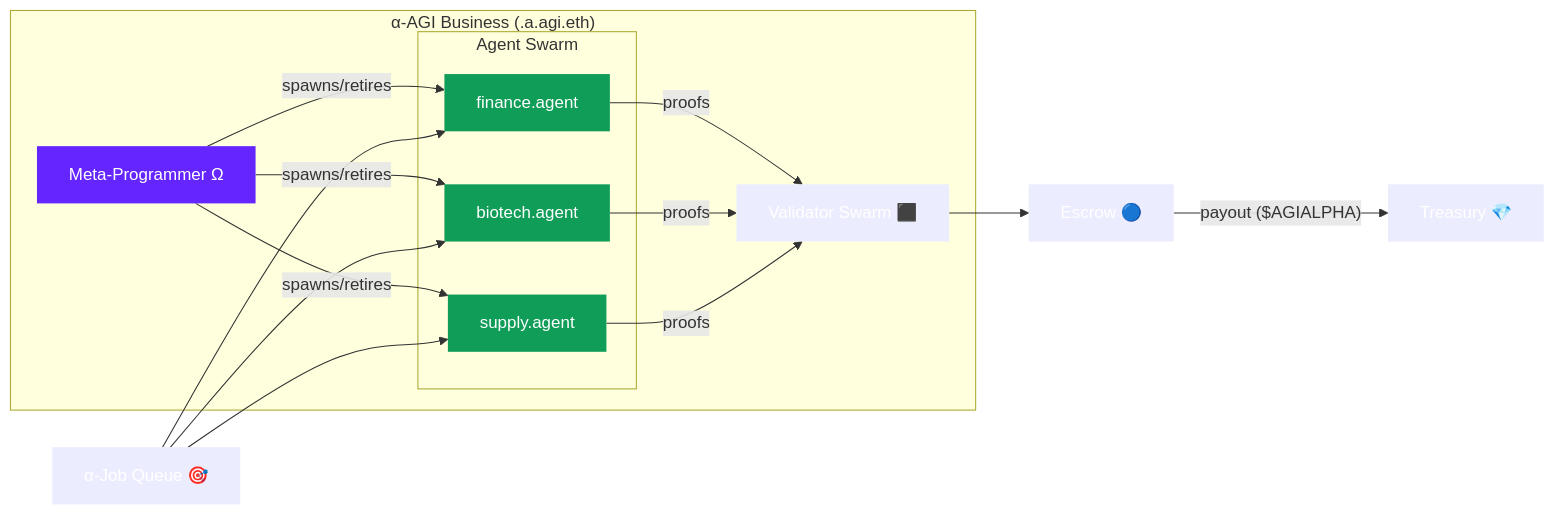
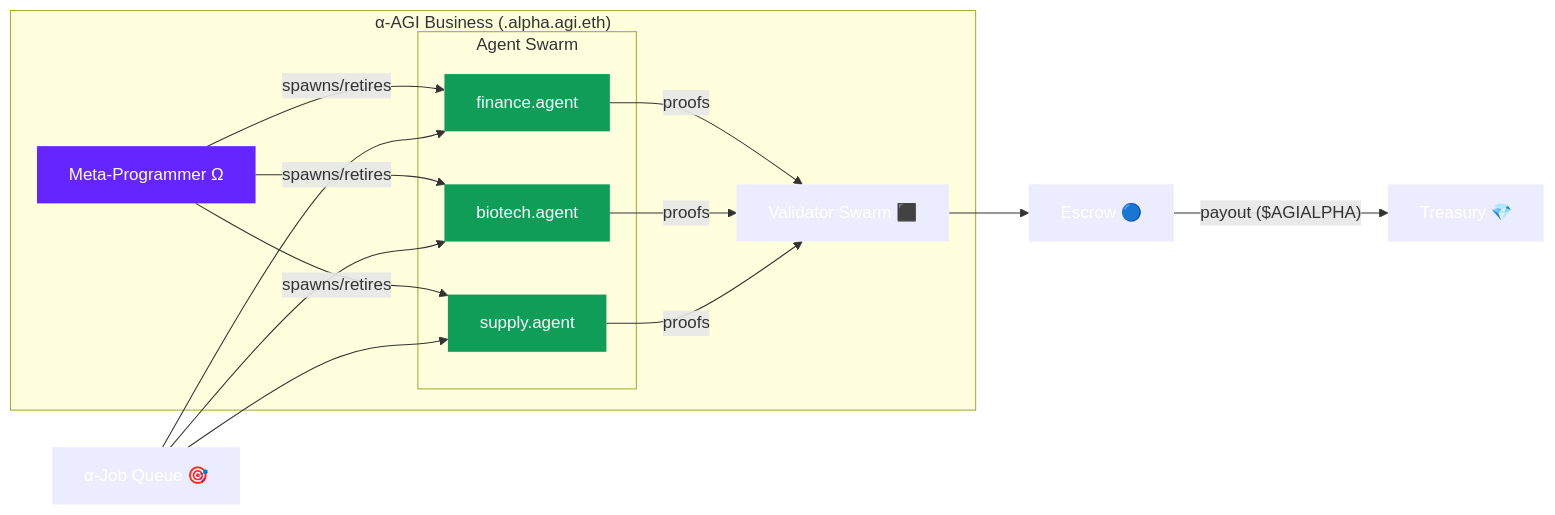
One commit to MontrealAI/AGI-Alpha-Agent-v0 changed the third of 3 diagrams in alpha_factory_v1/demos/meta_agentic_agi_v3/businesses/royalty_radar.md. Above: the diagram before and after it, drawn with Mermaid. The commit also changed other lines of this file and 17 other files, not shown here.

Commit message:
docs: update ENS schema references

````diff
--- a/alpha_factory_v1/demos/meta_agentic_agi_v3/businesses/royalty_radar.md
+++ b/alpha_factory_v1/demos/meta_agentic_agi_v3/businesses/royalty_radar.md
@@ -74,22 +74,22 @@
 ```mermaid
 flowchart LR
-    subgraph "α-AGI Business  (<name>.a.agi.eth)"
+    subgraph "α-AGI Business  (<name>.alpha.agi.eth)"
         META["Meta-Programmer Ω"]:::meta
         subgraph "Agent Swarm"
             FIN["finance.agent"]:::agent
             BIO["biotech.agent"]:::agent
             SUP["supply.agent"]:::agent
         end
         META -- spawns/retires --> FIN & BIO & SUP
         FIN -- proofs --> VAL
         BIO -- proofs --> VAL
         SUP -- proofs --> VAL
     end
     JOBS["α-Job Queue  🎯"] --> FIN & BIO & SUP
     VAL["Validator Swarm ⬛"] --> ESC["Escrow 🔵"]
     ESC -- payout ($AGIALPHA) --> TREAS["Treasury 💎"]
 
     classDef meta fill:#6425ff,color:#fff,stroke-width:0
     classDef agent fill:#0f9d58,color:#fff,stroke-width:0
     classDef default stroke-width:0,color:#fff
 ```
````
